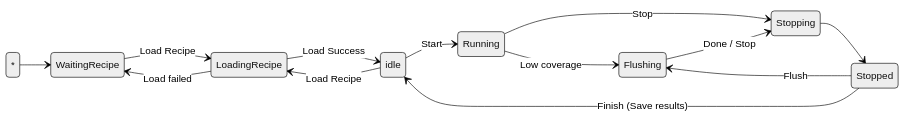
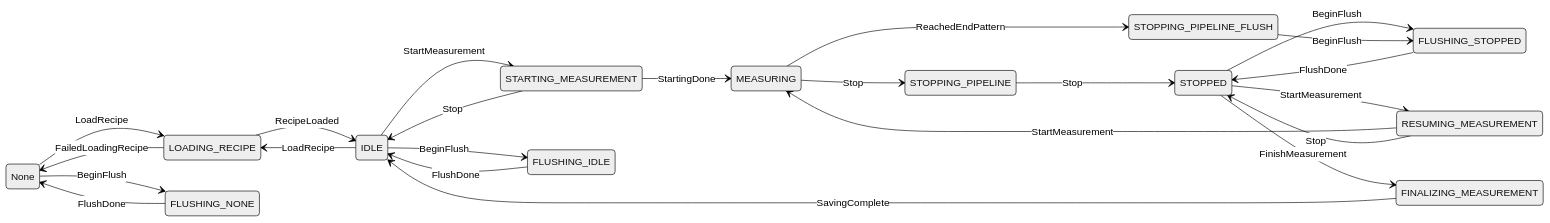
The first of 2 diagrams in README.md (Videometer/VM.Lab.Interfaces.BlobAnalyzer), drawn with Mermaid (neutral theme) before and after one commit. The commit also changed other lines of this file and 3 other files, not shown here.

````diff
--- a/README.md
+++ b/README.md
@@ -35,16 +32,35 @@
 ```mermaid
-stateDiagram-v2 
-  direction LR
-* --> WaitingRecipe
-WaitingRecipe --> LoadingRecipe : Load Recipe
-idle --> Running : Start
-idle --> LoadingRecipe : Load Recipe
-LoadingRecipe --> idle : Load Success
-LoadingRecipe --> WaitingRecipe : Load failed
-Running --> Flushing : Low coverage
-Running --> Stopping : Stop
-Flushing --> Stopping : Done / Stop
-Stopping --> Stopped
-Stopped --> Flushing : Flush
-Stopped --> idle : Finish (Save results) 
+stateDiagram-v2
+direction LR
+None --> LOADING_RECIPE : LoadRecipe
+LOADING_RECIPE --> None : FailedLoadingRecipe
+
+LOADING_RECIPE --> IDLE : RecipeLoaded
+IDLE --> STARTING_MEASUREMENT : StartMeasurement
+STARTING_MEASUREMENT --> IDLE : Stop
+
+IDLE --> FLUSHING_IDLE : BeginFlush
+FLUSHING_IDLE --> IDLE : FlushDone
+
+None --> FLUSHING_NONE : BeginFlush
+FLUSHING_NONE --> None : FlushDone
+STOPPED -->  FLUSHING_STOPPED : BeginFlush
+
+STARTING_MEASUREMENT --> MEASURING : StartingDone
+MEASURING --> STOPPING_PIPELINE : Stop
+STOPPING_PIPELINE --> STOPPED : Stop
+
+IDLE --> LOADING_RECIPE : LoadRecipe
+
+STOPPED --> RESUMING_MEASUREMENT : StartMeasurement
+RESUMING_MEASUREMENT --> MEASURING : StartMeasurement
+
+RESUMING_MEASUREMENT --> STOPPED : Stop
+
+MEASURING --> STOPPING_PIPELINE_FLUSH : ReachedEndPattern
+STOPPING_PIPELINE_FLUSH --> FLUSHING_STOPPED : BeginFlush
+FLUSHING_STOPPED --> STOPPED : FlushDone
+STOPPED --> FINALIZING_MEASUREMENT : FinishMeasurement
+FINALIZING_MEASUREMENT --> IDLE : SavingComplete
+
 ```
````
